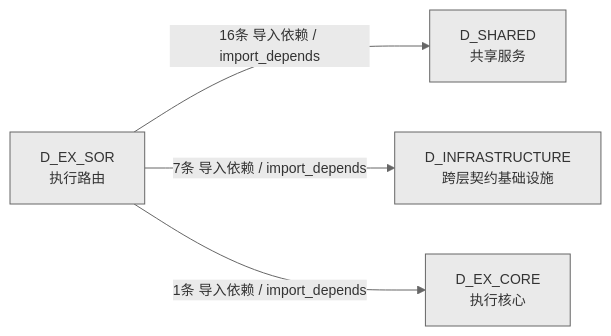
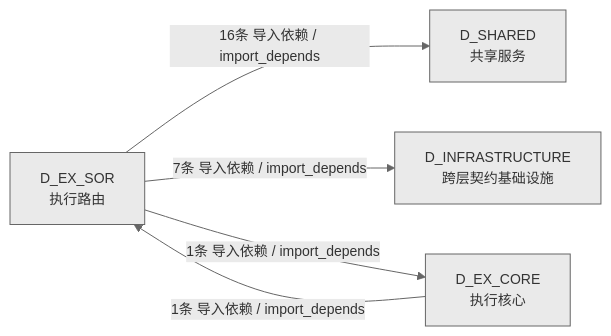
Before and after one commit to xuanFelixVan/ZephyrAlpha: the third of 3 diagrams in docs/02_enterprise_architecture/02_domain_architecture_docs/45_d_ex_sor.md, drawn with Mermaid. The commit also changed other lines of this file and 45 other files, not shown here.

````diff
--- a/docs/02_enterprise_architecture/02_domain_architecture_docs/45_d_ex_sor.md
+++ b/docs/02_enterprise_architecture/02_domain_architecture_docs/45_d_ex_sor.md
@@ -237,11 +240,12 @@
 ```mermaid
 %%{init: {'theme': 'base', 'themeVariables': {'primaryColor': '#eaeaea', 'primaryTextColor': '#333333', 'primaryBorderColor': '#666666', 'lineColor': '#666666', 'secondaryColor': '#eaeaea', 'tertiaryColor': '#eaeaea', 'fontSize': '14px'}}}%%
 graph LR
     D_EX_SOR["D_EX_SOR<br/>执行路由"]
     D_SHARED["D_SHARED<br/>共享服务"]
     D_INFRASTRUCTURE["D_INFRASTRUCTURE<br/>跨层契约基础设施"]
     D_EX_CORE["D_EX_CORE<br/>执行核心"]
     D_EX_SOR -->|16条 导入依赖 / import_depends| D_SHARED
     D_EX_SOR -->|7条 导入依赖 / import_depends| D_INFRASTRUCTURE
     D_EX_SOR -->|1条 导入依赖 / import_depends| D_EX_CORE
+    D_EX_CORE -->|1条 导入依赖 / import_depends| D_EX_SOR
 ```
````
